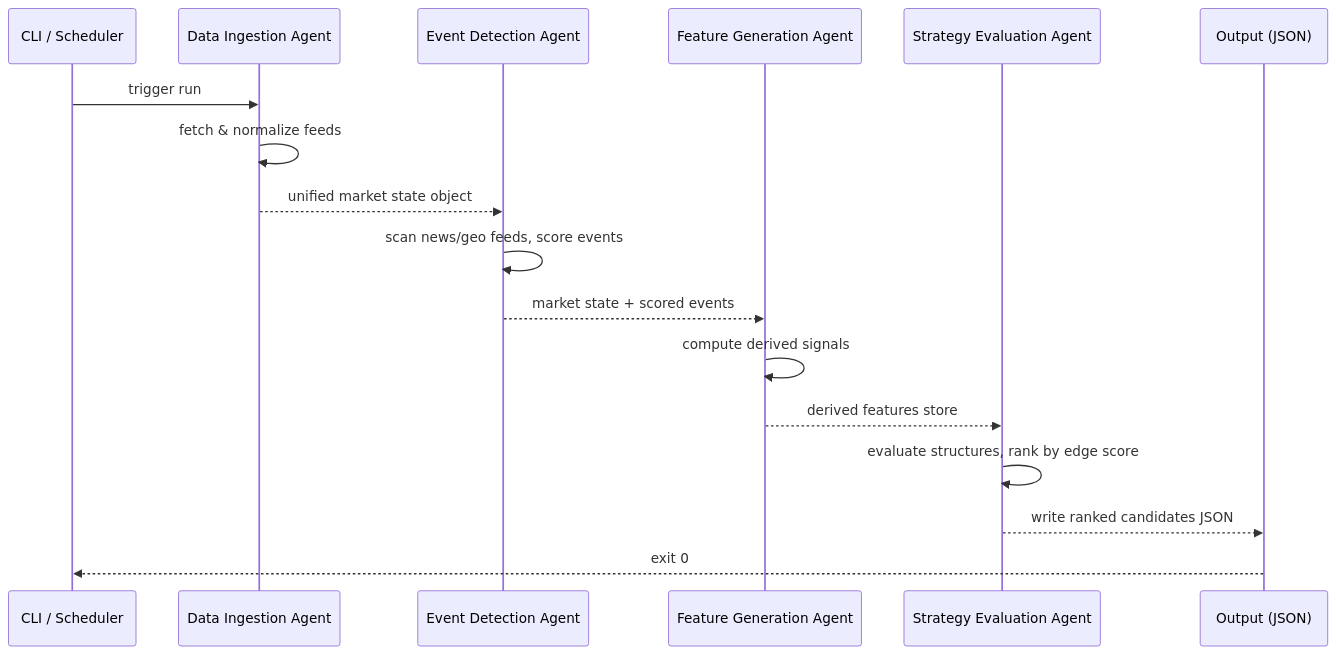
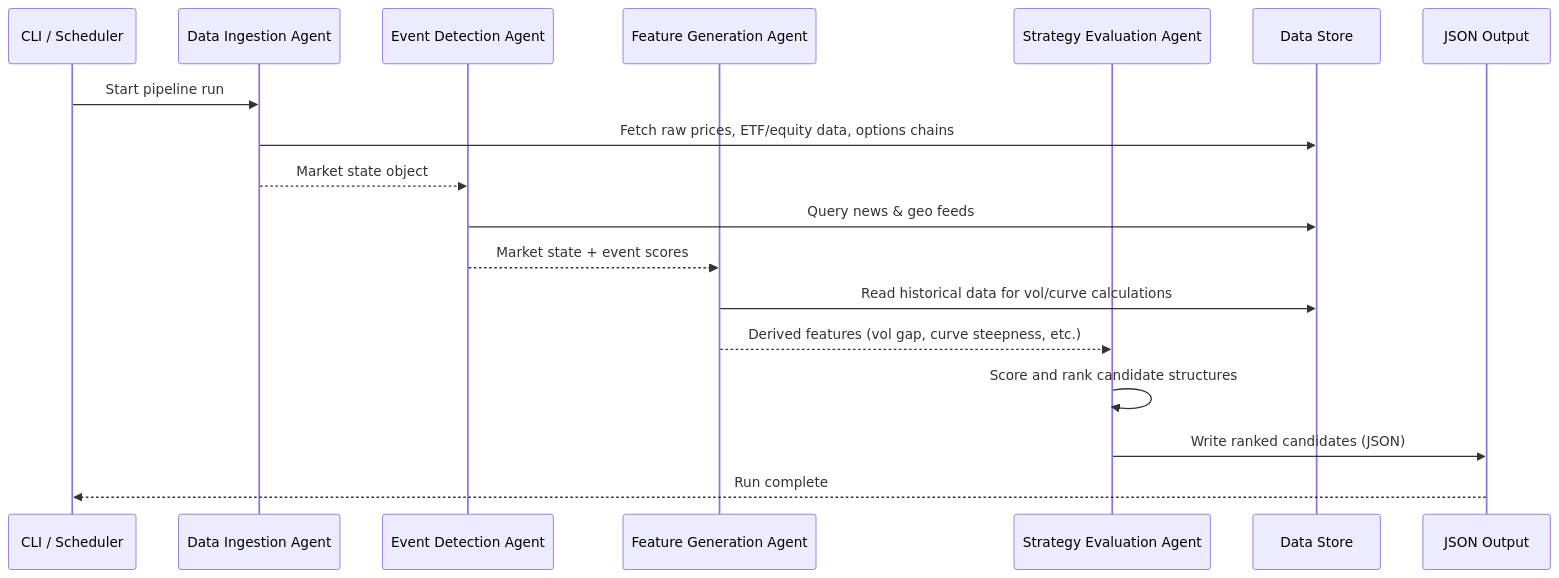
One commit to jeisenback/golden_boy_peanuts changed the second of 2 diagrams in docs/generated/user_guide_full-pipeline.md. Above: the diagram before and after it, drawn with Mermaid. The commit also changed other lines of this file and 3 other files, not shown here.

````diff
--- a/docs/generated/user_guide_full-pipeline.md
+++ b/docs/generated/user_guide_full-pipeline.md
@@ -257,20 +237,21 @@
 ```mermaid
 sequenceDiagram
     participant CLI as CLI / Scheduler
     participant DIA as Data Ingestion Agent
     participant EDA as Event Detection Agent
     participant FGA as Feature Generation Agent
     participant SEA as Strategy Evaluation Agent
-    participant OUT as Output (JSON)
+    participant Store as Data Store
+    participant Out as JSON Output
 
-    CLI->>DIA: trigger run
-    DIA->>DIA: fetch & normalize feeds
-    DIA-->>EDA: unified market state object
-    EDA->>EDA: scan news/geo feeds, score events
-    EDA-->>FGA: market state + scored events
-    FGA->>FGA: compute derived signals
-    FGA-->>SEA: derived features store
-    SEA->>SEA: evaluate structures, rank by edge score
-    SEA-->>OUT: write ranked candidates JSON
-    OUT-->>CLI: exit 0
+    CLI->>DIA: Start pipeline run
+    DIA->>Store: Fetch raw prices, ETF/equity data, options chains
+    DIA-->>EDA: Market state object
+    EDA->>Store: Query news & geo feeds
+    EDA-->>FGA: Market state + event scores
+    FGA->>Store: Read historical data for vol/curve calculations
+    FGA-->>SEA: Derived features (vol gap, curve steepness, etc.)
+    SEA->>SEA: Score and rank candidate structures
+    SEA->>Out: Write ranked candidates (JSON)
+    Out-->>CLI: Run complete
 ```
````
